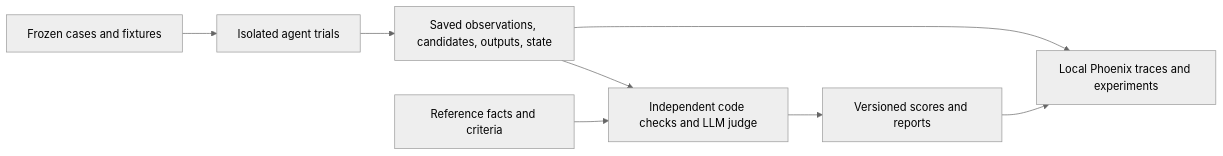
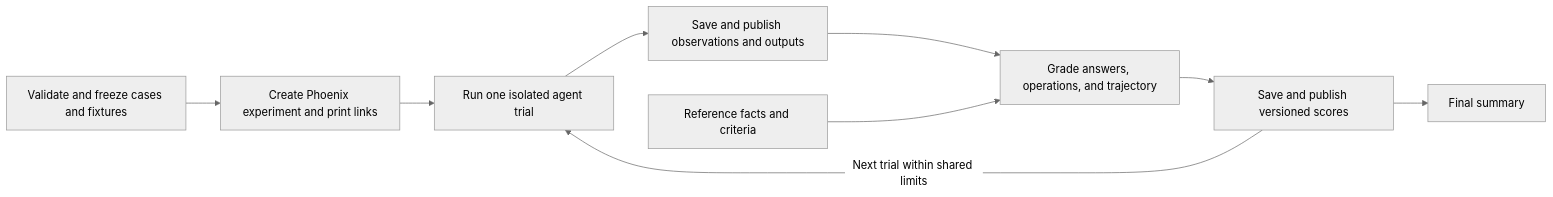
One commit to tymek100/opsfleet-task changed the second of 2 diagrams in docs/architecture.md. Above: the diagram before and after it, drawn with Mermaid (neutral theme). The commit also changed other lines of this file and 48 other files, not shown here.

````diff
--- a/docs/architecture.md
+++ b/docs/architecture.md
@@ -135,10 +140,11 @@
 ```mermaid
 flowchart LR
-    C[Frozen cases and fixtures] --> X[Isolated agent trials]
-    X --> A[Saved observations, candidates, outputs, state]
-    A --> G[Independent code checks and LLM judge]
+    C[Validate and freeze cases and fixtures] --> P[Create Phoenix experiment and print links]
+    P --> X[Run one isolated agent trial]
+    X --> A[Save and publish observations and outputs]
+    A --> G[Grade answers, operations, and trajectory]
     R[Reference facts and criteria] --> G
-    G --> S[Versioned scores and reports]
-    A --> P[Local Phoenix traces and experiments]
-    S --> P
+    G --> S[Save and publish versioned scores]
+    S -->|Next trial within shared limits| X
+    S --> F[Final summary]
 ```
````
